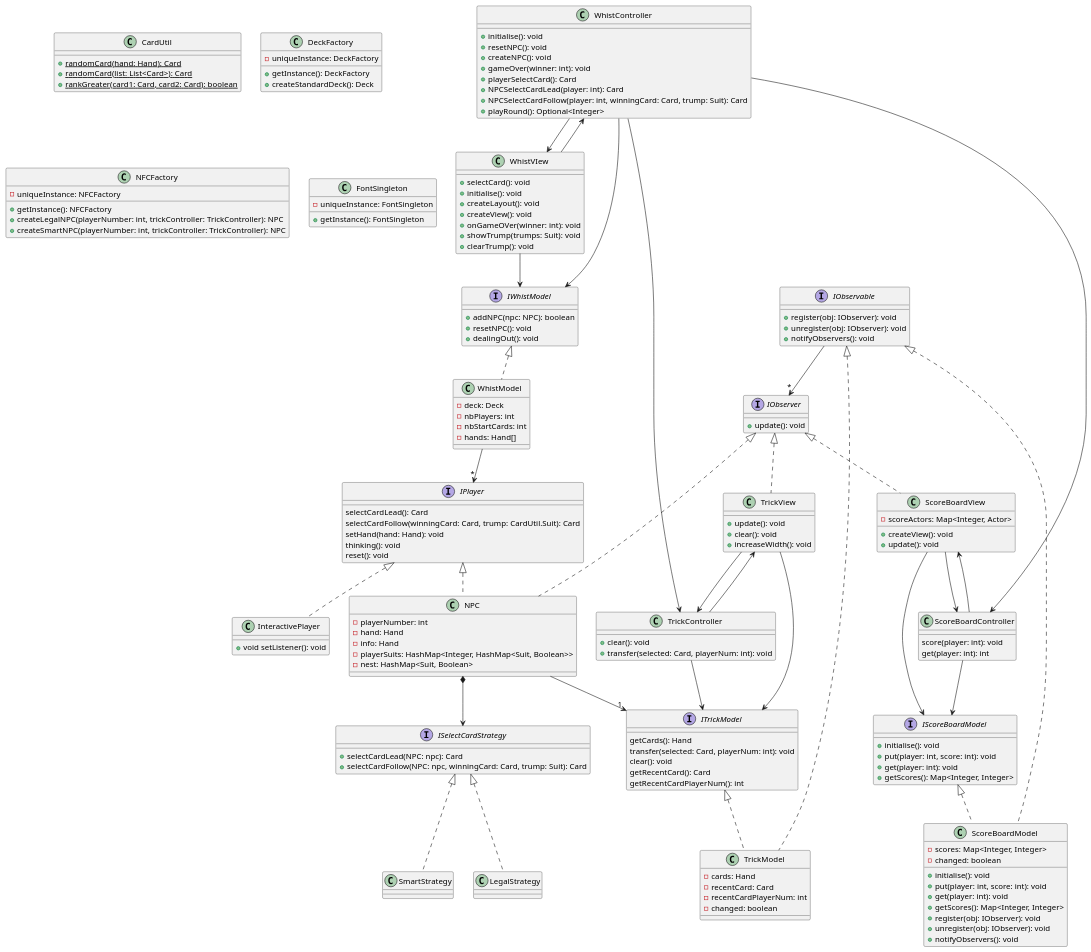
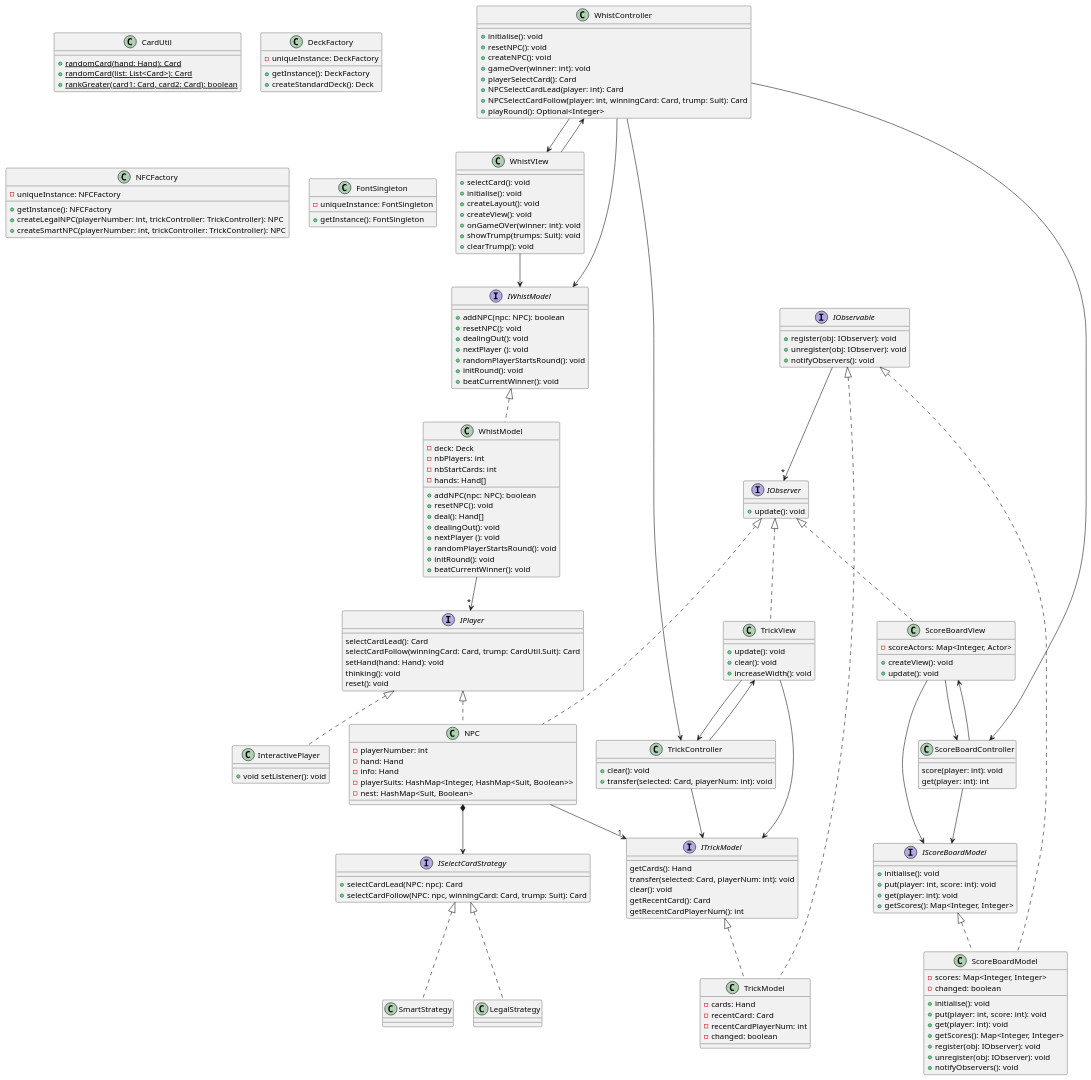
Before and after one commit to Haswf/Whist: the diagram in uml/DesignClassDiagram.puml, drawn with PlantUML.

Commit message:
updated WhitModel uml

```diff
--- a/uml/DesignClassDiagram.puml
+++ b/uml/DesignClassDiagram.puml
@@ -73,6 +73,10 @@
     + addNPC(npc: NPC): boolean
     + resetNPC(): void
     + dealingOut(): void
+    + nextPlayer (): void
+    + randomPlayerStartsRound(): void
+    + initRound(): void
+    + beatCurrentWinner(): void
 }
 
 class WhistModel implements IWhistModel{
@@ -81,6 +85,15 @@
     - nbPlayers: int
     - nbStartCards: int
     - hands: Hand[]
+
+    + addNPC(npc: NPC): boolean
+    + resetNPC(): void
+    + deal(): Hand[]
+    + dealingOut(): void
+    + nextPlayer (): void
+    + randomPlayerStartsRound(): void
+    + initRound(): void
+    + beatCurrentWinner(): void
 }
 
 WhistModel --> "*" IPlayer
```
